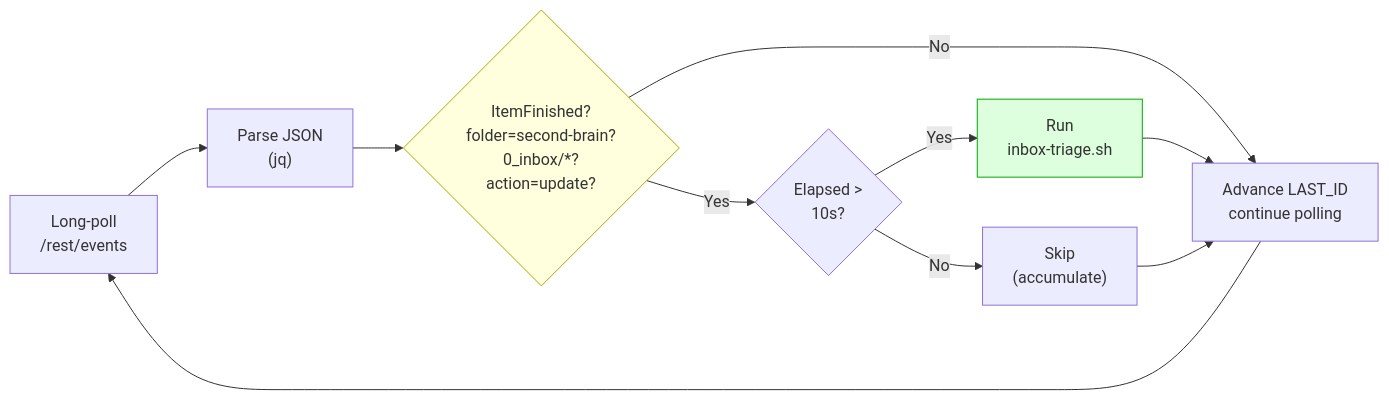
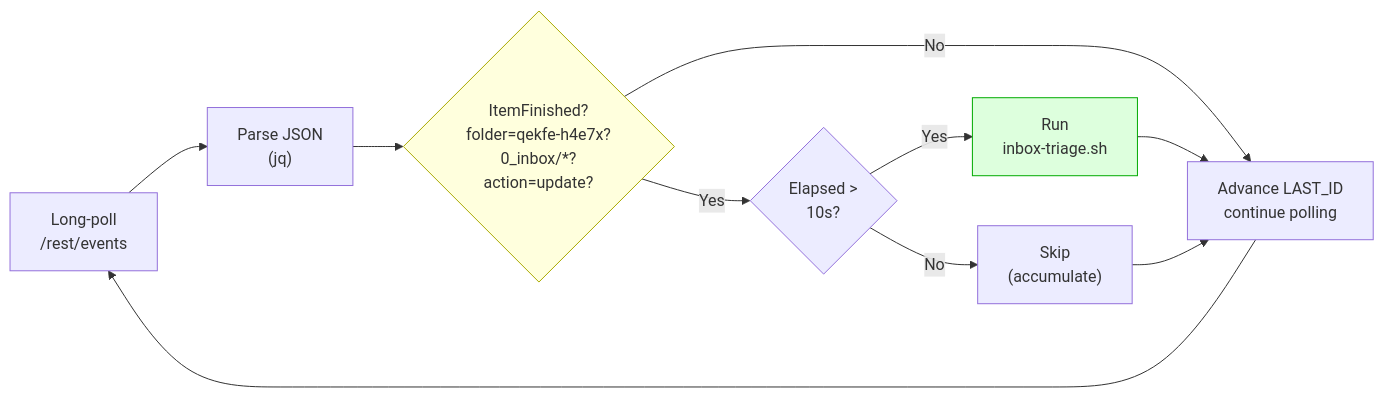
One commit to patjackson52/second-brain changed the fourth of 7 diagrams in docs/architecture.md. Above: the diagram before and after it, drawn with Mermaid. The commit also changed other lines of this file and 5 other files, not shown here.

````diff
--- a/docs/architecture.md
+++ b/docs/architecture.md
@@ -115,15 +115,15 @@
 ```mermaid
 flowchart LR
     Poll["Long-poll<br/>/rest/events"] --> Parse["Parse JSON<br/>(jq)"]
-    Parse --> Filter{"ItemFinished?<br/>folder=second-brain?<br/>0_inbox/*?<br/>action=update?"}
+    Parse --> Filter{"ItemFinished?<br/>folder=qekfe-h4e7x?<br/>0_inbox/*?<br/>action=update?"}
     Filter -->|No| Advance["Advance LAST_ID<br/>continue polling"]
     Filter -->|Yes| Debounce{"Elapsed ><br/>10s?"}
     Debounce -->|No| Skip["Skip<br/>(accumulate)"]
     Debounce -->|Yes| Triage["Run<br/>inbox-triage.sh"]
     Triage --> Advance
     Skip --> Advance
     Advance --> Poll
 
     style Filter fill:#ffd,stroke:#aa0
     style Triage fill:#dfd,stroke:#0a0
 ```
````
